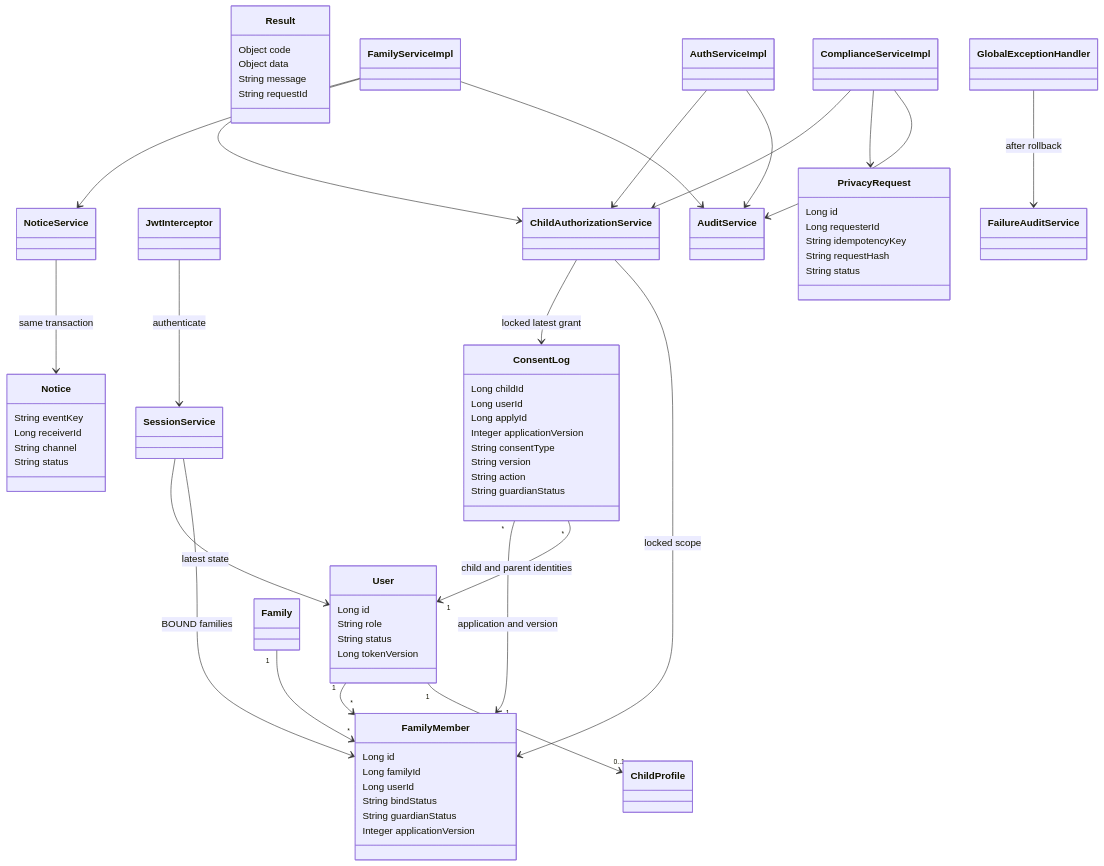
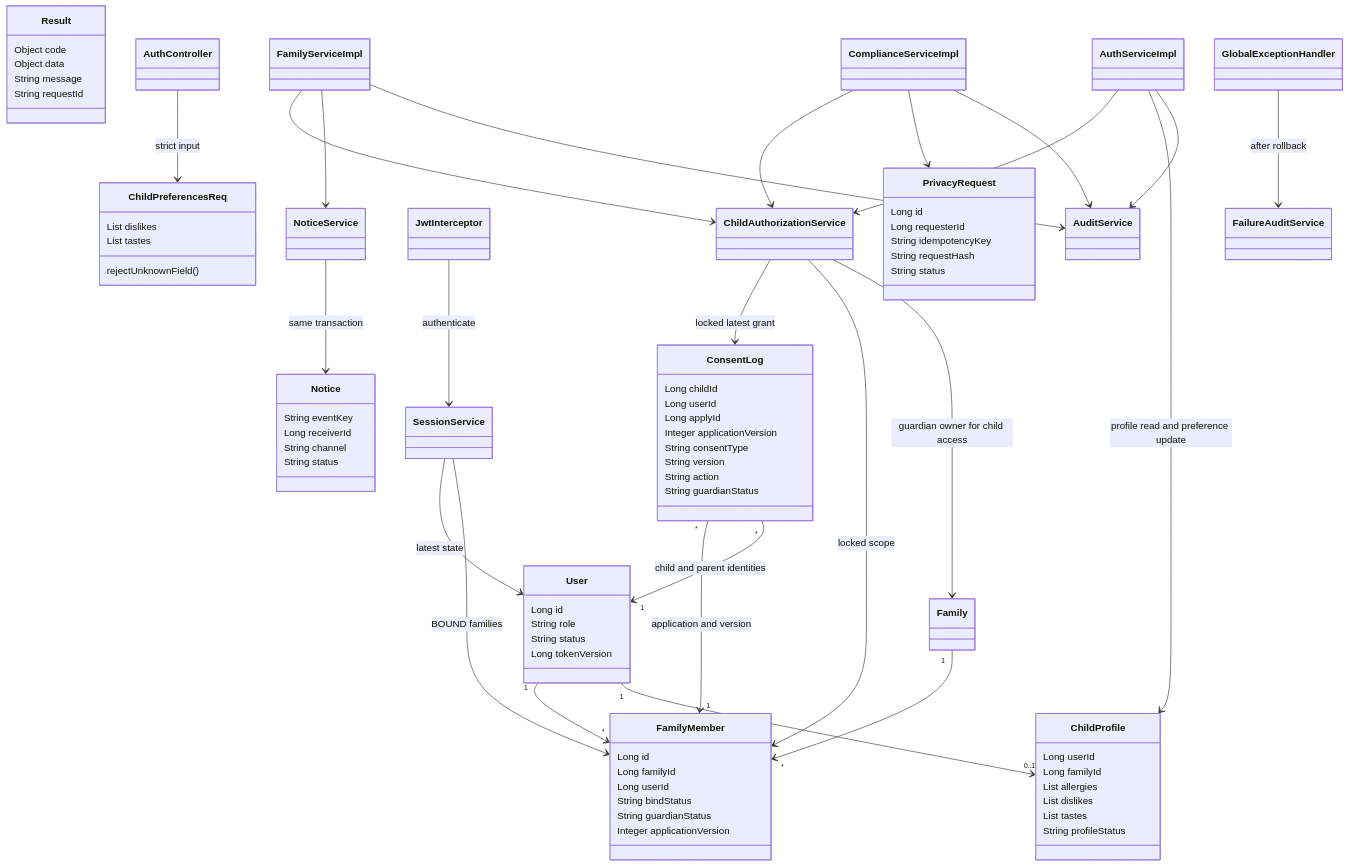
The diagram in growth-planet/docs/class-diagram.mermaid (lyzw/umbrella), drawn with Mermaid before and after one commit. The commit also changed 10 other files, not shown here.

```diff
--- a/growth-planet/docs/class-diagram.mermaid
+++ b/growth-planet/docs/class-diagram.mermaid
@@ -1,64 +1,80 @@
 classDiagram
     class User {
         Long id
         String role
         String status
         Long tokenVersion
     }
     class FamilyMember {
         Long id
         Long familyId
         Long userId
         String bindStatus
         String guardianStatus
         Integer applicationVersion
     }
     class ConsentLog {
         Long childId
         Long userId
         Long applyId
         Integer applicationVersion
         String consentType
         String version
         String action
         String guardianStatus
     }
     class PrivacyRequest {
         Long id
         Long requesterId
         String idempotencyKey
         String requestHash
         String status
     }
     class Notice {
         String eventKey
         Long receiverId
         String channel
         String status
     }
     class Result {
         Object code
         Object data
         String message
         String requestId
     }
+    class ChildProfile {
+        Long userId
+        Long familyId
+        List allergies
+        List dislikes
+        List tastes
+        String profileStatus
+    }
+    class ChildPreferencesReq {
+        List dislikes
+        List tastes
+        rejectUnknownField()
+    }
     Family "1" --> "*" FamilyMember
     User "1" --> "*" FamilyMember
     User "1" --> "0..1" ChildProfile
     ConsentLog "*" --> "1" FamilyMember : application and version
     ConsentLog "*" --> "1" User : child and parent identities
     JwtInterceptor --> SessionService : authenticate
     SessionService --> User : latest state
     SessionService --> FamilyMember : BOUND families
     AuthServiceImpl --> ChildAuthorizationService
+    AuthController --> ChildPreferencesReq : strict input
+    AuthServiceImpl --> ChildProfile : profile read and preference update
     FamilyServiceImpl --> ChildAuthorizationService
     ComplianceServiceImpl --> ChildAuthorizationService
     ChildAuthorizationService --> ConsentLog : locked latest grant
     ChildAuthorizationService --> FamilyMember : locked scope
+    ChildAuthorizationService --> Family : guardian owner for child access
     FamilyServiceImpl --> NoticeService
     NoticeService --> Notice : same transaction
     ComplianceServiceImpl --> PrivacyRequest
     AuthServiceImpl --> AuditService
     FamilyServiceImpl --> AuditService
     ComplianceServiceImpl --> AuditService
     GlobalExceptionHandler --> FailureAuditService : after rollback
```
